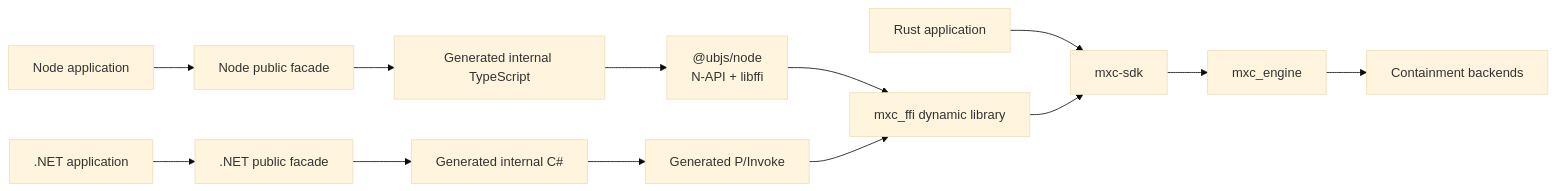
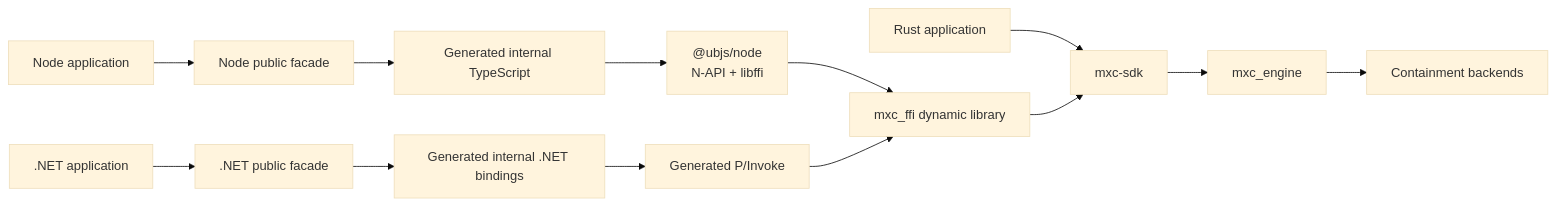
The first of 2 diagrams in docs/designs/SDK/README.md (microsoft/mxc), drawn with Mermaid (base theme) before and after one commit. The commit also changed other lines of this file and 2 other files, not shown here.

Commit message:
Clarify generated .NET diagram labels

Copilot-Session: d85d5c98-b282-40c2-9037-8df016a4919c

````diff
--- a/docs/designs/SDK/README.md
+++ b/docs/designs/SDK/README.md
@@ -9,15 +9,15 @@
 ```mermaid
 flowchart LR
     R[Rust application] --> S[mxc-sdk]
     N[Node application] --> NP[Node public facade]
     D[.NET application] --> DP[.NET public facade]
     NP --> TS[Generated internal TypeScript]
-    DP --> CS[Generated internal C#]
+    DP --> CS[Generated internal .NET bindings]
     TS --> NR["@ubjs/node<br/>N-API + libffi"]
     CS --> PI[Generated P/Invoke]
     NR --> U[mxc_ffi dynamic library]
     PI --> U
     U --> S
     S --> E[mxc_engine]
     E --> B[Containment backends]
 ```
````
